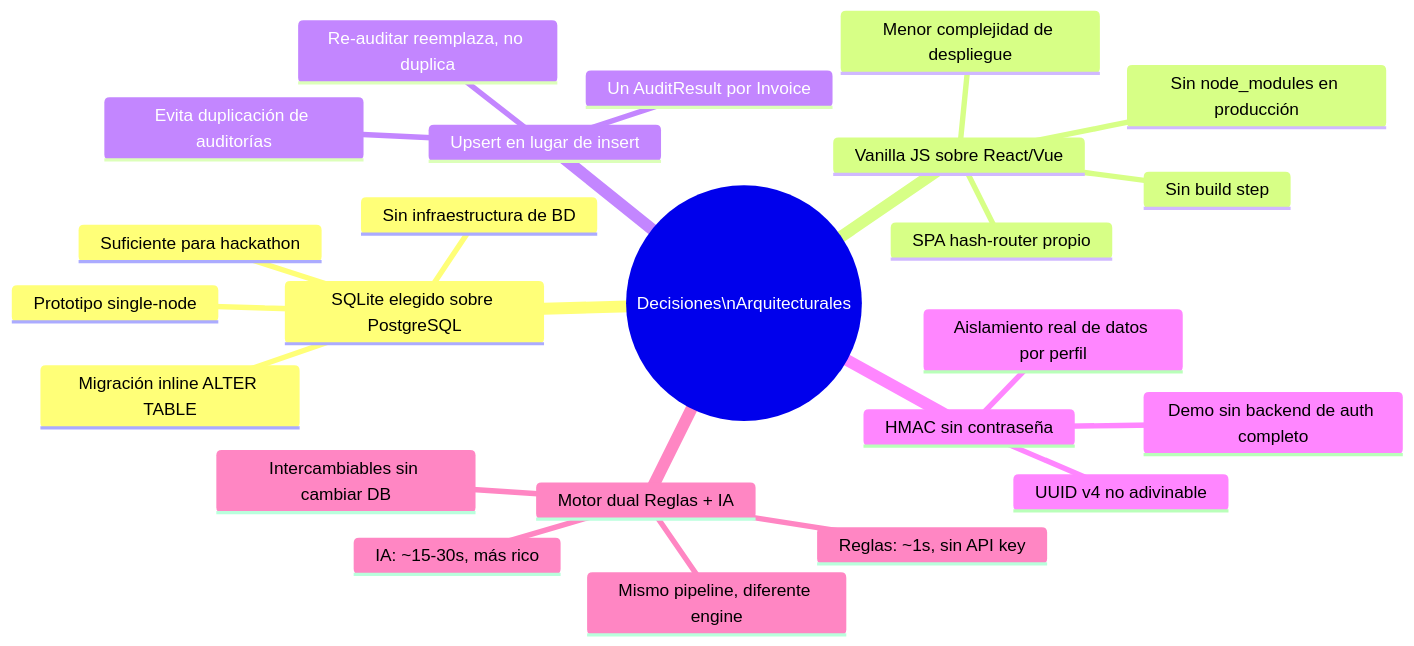
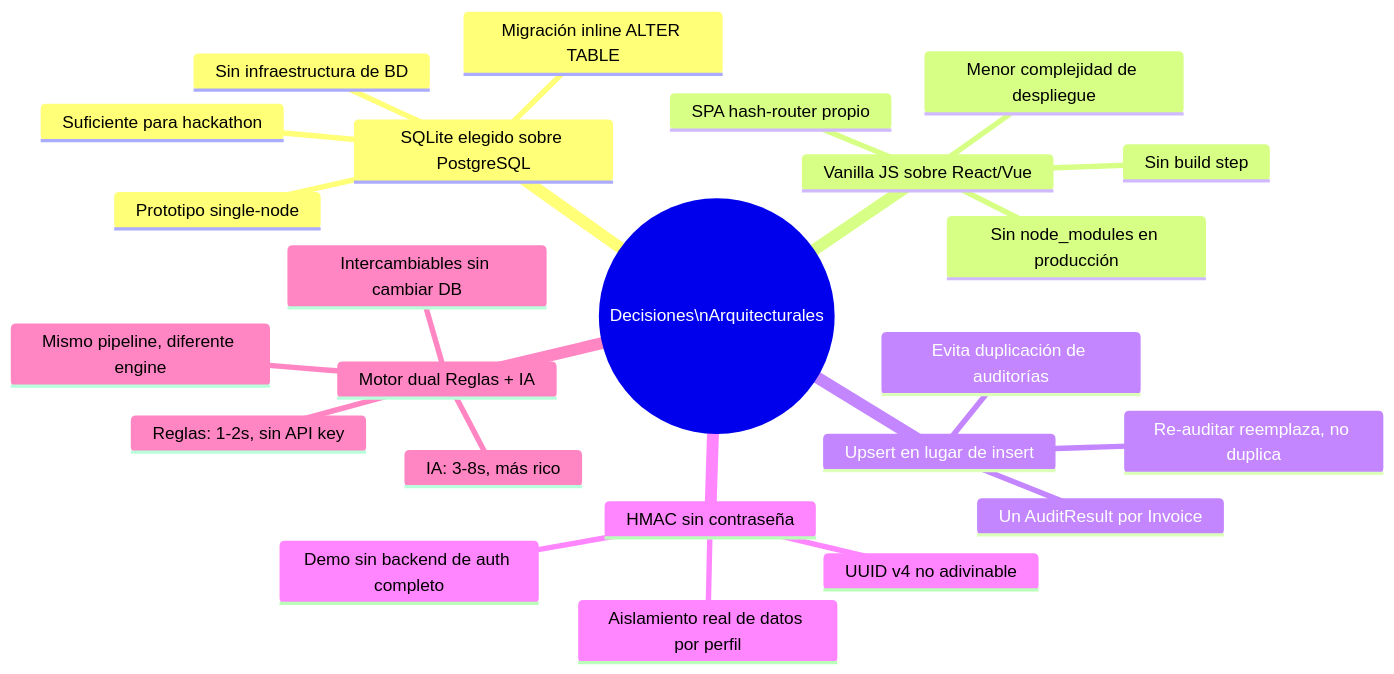
One commit to yosuSALA/Final-reto changed the third of 3 diagrams in docs/diagramas/diagrama_plan_implementacion.md. Above: the diagram before and after it, drawn with Mermaid. The commit also changed 20 other files, not shown here.

Commit message:
Remove workshop notifications, fix API key routing, group siniestros by insured with fraud score and DeepSeek consult, collapsible fraud signals panel, update docs

````diff
--- a/docs/diagramas/diagrama_plan_implementacion.md
+++ b/docs/diagramas/diagrama_plan_implementacion.md
@@ -68,27 +68,27 @@
 ```mermaid
 mindmap
   root((Decisiones\nArquitecturales))
     SQLite elegido sobre PostgreSQL
       Prototipo single-node
       Sin infraestructura de BD
       Migración inline ALTER TABLE
       Suficiente para hackathon
     Vanilla JS sobre React/Vue
       Sin build step
       Sin node_modules en producción
       SPA hash-router propio
       Menor complejidad de despliegue
     Upsert en lugar de insert
       Evita duplicación de auditorías
       Un AuditResult por Invoice
       Re-auditar reemplaza, no duplica
     HMAC sin contraseña
       Demo sin backend de auth completo
       Aislamiento real de datos por perfil
       UUID v4 no adivinable
     Motor dual Reglas + IA
-      Reglas: ~1s, sin API key
-      IA: ~15-30s, más rico
+      Reglas: 1-2s, sin API key
+      IA: 3-8s, más rico
       Mismo pipeline, diferente engine
       Intercambiables sin cambiar DB
 ```
````
